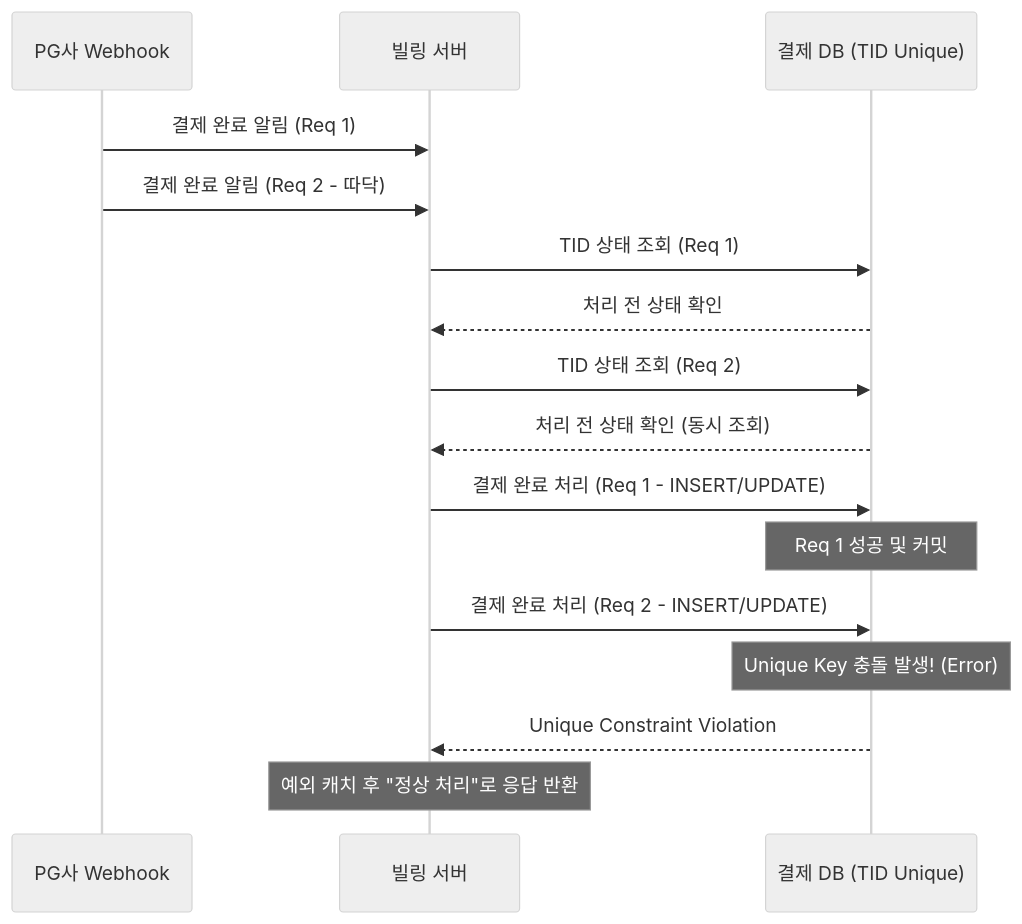
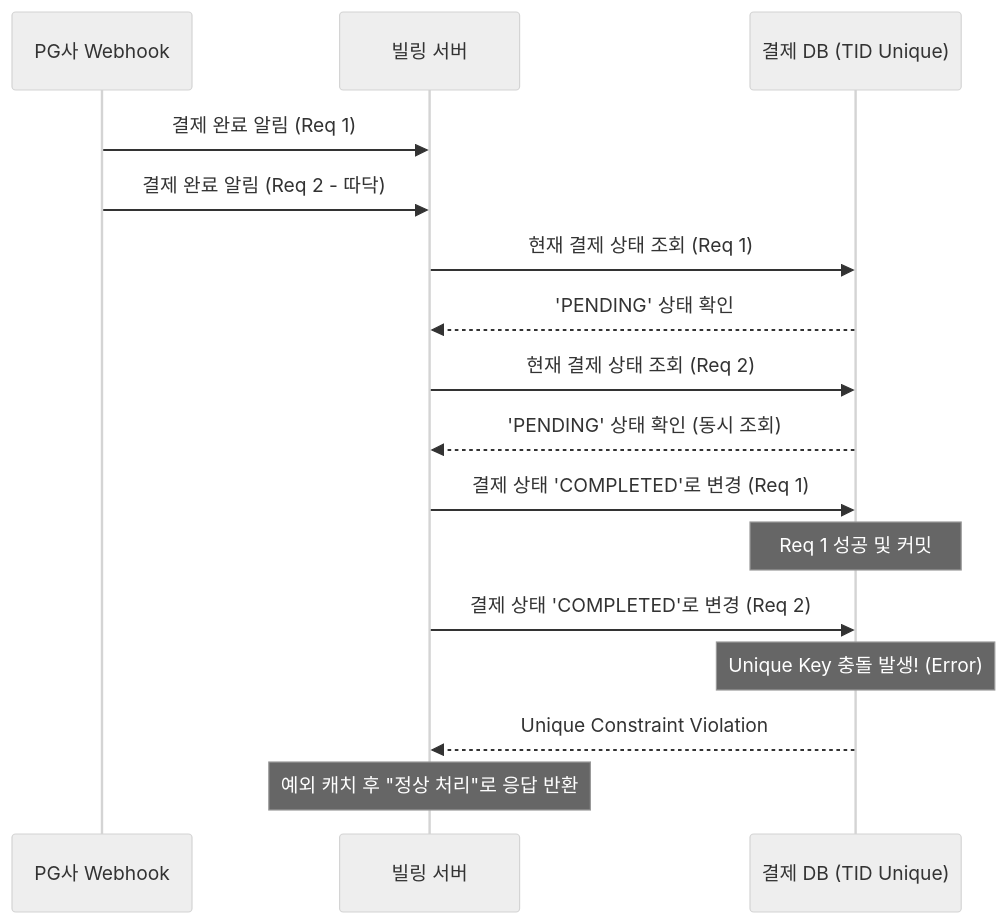
The diagram in troubleshooting/billing_webhook_concurrency_control.md (muzzaiwork/candidate), drawn with Mermaid (neutral theme) before and after one commit. The commit also changed other lines of this file, not shown here.

Commit message:
docs: TID 상태 조회의 의미 구체화 (단순 존재 확인이 아닌 비즈니스 상태 체크)

````diff
--- a/troubleshooting/billing_webhook_concurrency_control.md
+++ b/troubleshooting/billing_webhook_concurrency_control.md
@@ -29,24 +30,24 @@
 ```mermaid
 sequenceDiagram
     participant PG as PG사 Webhook
     participant App as 빌링 서버
     participant DB as 결제 DB (TID Unique)
 
     PG->>App: 결제 완료 알림 (Req 1)
     PG->>App: 결제 완료 알림 (Req 2 - 따닥)
 
-    App->>DB: TID 상태 조회 (Req 1)
-    DB-->>App: 처리 전 상태 확인
+    App->>DB: 현재 결제 상태 조회 (Req 1)
+    DB-->>App: 'PENDING' 상태 확인
 
-    App->>DB: TID 상태 조회 (Req 2)
-    DB-->>App: 처리 전 상태 확인 (동시 조회)
+    App->>DB: 현재 결제 상태 조회 (Req 2)
+    DB-->>App: 'PENDING' 상태 확인 (동시 조회)
 
-    App->>DB: 결제 완료 처리 (Req 1 - INSERT/UPDATE)
+    App->>DB: 결제 상태 'COMPLETED'로 변경 (Req 1)
     Note over DB: Req 1 성공 및 커밋
 
-    App->>DB: 결제 완료 처리 (Req 2 - INSERT/UPDATE)
+    App->>DB: 결제 상태 'COMPLETED'로 변경 (Req 2)
     Note over DB: Unique Key 충돌 발생! (Error)
     
     DB-->>App: Unique Constraint Violation
     Note over App: 예외 캐치 후 "정상 처리"로 응답 반환
 ```
````
